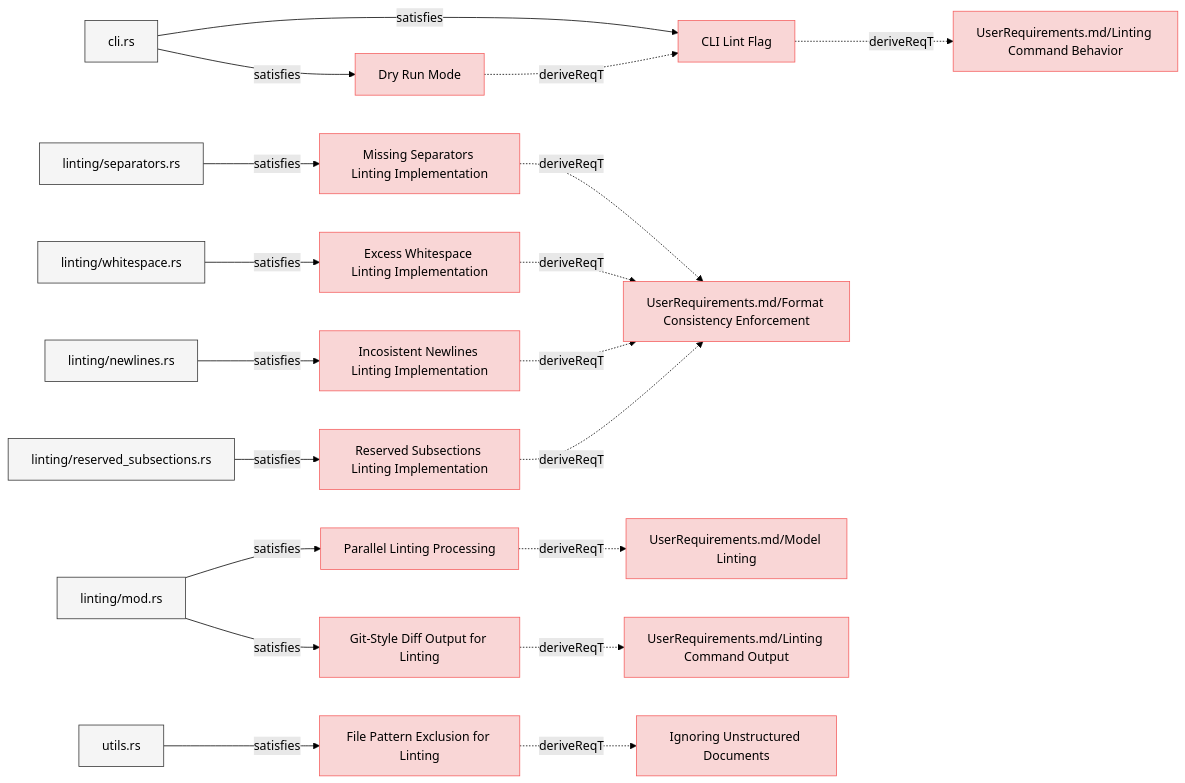
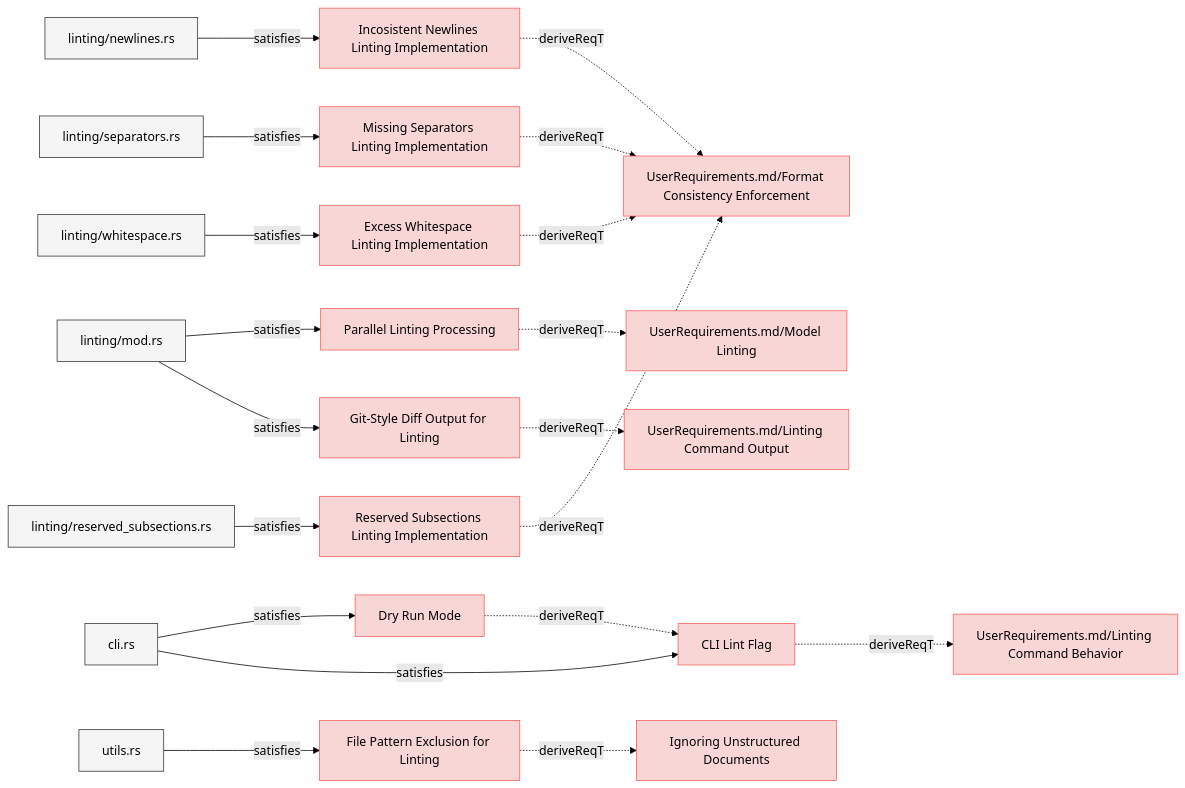
Before and after one commit to reqvire-org/reqvire: the first of 8 diagrams in specifications/SystemRequirements/Requirements.md, drawn with Mermaid (forest theme). The commit also changed other lines of this file and 44 other files, not shown here.

Commit message:
Diagrams bug fixes. Test improvements.

````diff
--- a/specifications/SystemRequirements/Requirements.md
+++ b/specifications/SystemRequirements/Requirements.md
@@ -9,85 +9,91 @@
   classDef externalLink fill:#d0e0ff,stroke:#3080ff,stroke-width:1px;
   classDef default fill:#f5f5f5,stroke:#333333,stroke-width:1px;
 
+  47401bd64e231632["Parallel Linting Processing"];
+  class 47401bd64e231632 requirement;
+  click 47401bd64e231632 "Requirements.md#parallel-linting-processing";
+  7305c1d6f7f1e2b2["UserRequirements.md/Model Linting"];
+  class 7305c1d6f7f1e2b2 requirement;
+  click 7305c1d6f7f1e2b2 "../UserRequirements.md#model-linting";
+  47401bd64e231632 -.->|deriveReqT| 7305c1d6f7f1e2b2;
+  c418c3775592f201["linting/mod.rs"];
+  class c418c3775592f201 default;
+  click c418c3775592f201 "../../core/src/linting/mod.rs";
+  c418c3775592f201 -->|satisfies| 47401bd64e231632;
+  7d44a9de72f2ed11["Incosistent Newlines Linting Implementation"];
+  class 7d44a9de72f2ed11 requirement;
+  click 7d44a9de72f2ed11 "Requirements.md#incosistent-newlines-linting-implementation";
+  974ccf933675ef44["UserRequirements.md/Format Consistency Enforcement"];
+  class 974ccf933675ef44 requirement;
+  click 974ccf933675ef44 "../UserRequirements.md#format-consistency-enforcement";
+  7d44a9de72f2ed11 -.->|deriveReqT| 974ccf933675ef44;
+  aab06119b34eec74["linting/newlines.rs"];
+  class aab06119b34eec74 default;
+  click aab06119b34eec74 "../../core/src/linting/newlines.rs";
+  aab06119b34eec74 -->|satisfies| 7d44a9de72f2ed11;
+  e4ccc71cd6ef4e9e["Dry Run Mode"];
+  class e4ccc71cd6ef4e9e requirement;
+  click e4ccc71cd6ef4e9e "Requirements.md#dry-run-mode";
   7d3a6a25db09c1b2["CLI Lint Flag"];
-  click 7d3a6a25db09c1b2 "specifications/SystemRequirements/Requirements.md#cli-lint-flag#cli-lint-flag";
   class 7d3a6a25db09c1b2 requirement;
+  click 7d3a6a25db09c1b2 "Requirements.md#cli-lint-flag";
+  e4ccc71cd6ef4e9e -.->|deriveReqT| 7d3a6a25db09c1b2;
+  80defdd4cbc7ee18["cli.rs"];
+  class 80defdd4cbc7ee18 default;
+  click 80defdd4cbc7ee18 "../../cli/src/cli.rs";
+  80defdd4cbc7ee18 -->|satisfies| e4ccc71cd6ef4e9e;
+  719bf8b75772947d["Missing Separators Linting Implementation"];
+  class 719bf8b75772947d requirement;
+  click 719bf8b75772947d "Requirements.md#missing-separators-linting-implementation";
+  719bf8b75772947d -.->|deriveReqT| 974ccf933675ef44;
+  9cbd45fe044171ec["linting/separators.rs"];
+  class 9cbd45fe044171ec default;
+  click 9cbd45fe044171ec "../../core/src/linting/separators.rs";
+  9cbd45fe044171ec -->|satisfies| 719bf8b75772947d;
   a51179cda67cf9f2["UserRequirements.md/Linting Command Behavior"];
   class a51179cda67cf9f2 requirement;
-  click a51179cda67cf9f2 "specifications/UserRequirements.md#linting-command#linting-command";
+  click a51179cda67cf9f2 "../UserRequirements.md#linting-command";
   7d3a6a25db09c1b2 -.->|deriveReqT| a51179cda67cf9f2;
   80defdd4cbc7ee18["cli.rs"];
   class 80defdd4cbc7ee18 default;
-  click 80defdd4cbc7ee18 "cli/src/cli.rs";
+  click 80defdd4cbc7ee18 "../../cli/src/cli.rs";
   80defdd4cbc7ee18 -->|satisfies| 7d3a6a25db09c1b2;
-  e4ccc71cd6ef4e9e["Dry Run Mode"];
-  click e4ccc71cd6ef4e9e "specifications/SystemRequirements/Requirements.md#dry-run-mode#dry-run-mode";
-  class e4ccc71cd6ef4e9e requirement;
-  e4ccc71cd6ef4e9e -.->|deriveReqT| 7d3a6a25db09c1b2;
-  80defdd4cbc7ee18 -->|satisfies| e4ccc71cd6ef4e9e;
-  719bf8b75772947d["Missing Separators Linting Implementation"];
-  click 719bf8b75772947d "specifications/SystemRequirements/Requirements.md#missing-separators-linting-implementation#missing-separators-linting-implementation";
-  class 719bf8b75772947d requirement;
-  974ccf933675ef44["UserRequirements.md/Format Consistency Enforcement"];
-  class 974ccf933675ef44 requirement;
-  click 974ccf933675ef44 "specifications/UserRequirements.md#format-consistency-enforcement#format-consistency-enforcement";
-  719bf8b75772947d -.->|deriveReqT| 974ccf933675ef44;
-  9cbd45fe044171ec["linting/separators.rs"];
-  class 9cbd45fe044171ec default;
-  click 9cbd45fe044171ec "core/src/linting/separators.rs";
-  9cbd45fe044171ec -->|satisfies| 719bf8b75772947d;
   9f473f6e0b993cac["Excess Whitespace Linting Implementation"];
-  click 9f473f6e0b993cac "specifications/SystemRequirements/Requirements.md#excess-whitespace-linting-implementation#excess-whitespace-linting-implementation";
   class 9f473f6e0b993cac requirement;
+  click 9f473f6e0b993cac "Requirements.md#excess-whitespace-linting-implementation";
   9f473f6e0b993cac -.->|deriveReqT| 974ccf933675ef44;
   63a0f5a33e87fcee["linting/whitespace.rs"];
   class 63a0f5a33e87fcee default;
-  click 63a0f5a33e87fcee "core/src/linting/whitespace.rs";
+  click 63a0f5a33e87fcee "../../core/src/linting/whitespace.rs";
   63a0f5a33e87fcee -->|satisfies| 9f473f6e0b993cac;
-  47401bd64e231632["Parallel Linting Processing"];
-  click 47401bd64e231632 "specifications/SystemRequirements/Requirements.md#parallel-linting-processing#parallel-linting-processing";
-  class 47401bd64e231632 requirement;
-  7305c1d6f7f1e2b2["UserRequirements.md/Model Linting"];
-  class 7305c1d6f7f1e2b2 requirement;
-  click 7305c1d6f7f1e2b2 "specifications/UserRequirements.md#model-linting#model-linting";
-  47401bd64e231632 -.->|deriveReqT| 7305c1d6f7f1e2b2;
+  b7dd9db7a1290b97["Git-Style Diff Output for Linting"];
+  class b7dd9db7a1290b97 requirement;
+  click b7dd9db7a1290b97 "Requirements.md#git-style-diff-output-for-linting";
+  ec10e748b5e9516e["UserRequirements.md/Linting Command Output"];
+  class ec10e748b5e9516e requirement;
+  click ec10e748b5e9516e "../UserRequirements.md#linting-command-output";
+  b7dd9db7a1290b97 -.->|deriveReqT| ec10e748b5e9516e;
   c418c3775592f201["linting/mod.rs"];
   class c418c3775592f201 default;
-  click c418c3775592f201 "core/src/linting/mod.rs";
-  c418c3775592f201 -->|satisfies| 47401bd64e231632;
-  7d44a9de72f2ed11["Incosistent Newlines Linting Implementation"];
-  click 7d44a9de72f2ed11 "specifications/SystemRequirements/Requirements.md#incosistent-newlines-linting-implementation#incosistent-newlines-linting-implementation";
-  class 7d44a9de72f2ed11 requirement;
-  7d44a9de72f2ed11 -.->|deriveReqT| 974ccf933675ef44;
-  aab06119b34eec74["linting/newlines.rs"];
-  class aab06119b34eec74 default;
-  click aab06119b34eec74 "core/src/linting/newlines.rs";
-  aab06119b34eec74 -->|satisfies| 7d44a9de72f2ed11;
+  click c418c3775592f201 "../../core/src/linting/mod.rs";
+  c418c3775592f201 -->|satisfies| b7dd9db7a1290b97;
+  a7bd845c64d1685e["Reserved Subsections Linting Implementation"];
+  class a7bd845c64d1685e requirement;
+  click a7bd845c64d1685e "Requirements.md#reserved-subsections-linting-implementation";
+  a7bd845c64d1685e -.->|deriveReqT| 974ccf933675ef44;
+  4ef2e0c1cdbc35ab["linting/reserved_subsections.rs"];
+  class 4ef2e0c1cdbc35ab default;
+  click 4ef2e0c1cdbc35ab "../../core/src/linting/indentation.rs";
+  4ef2e0c1cdbc35ab -->|satisfies| a7bd845c64d1685e;
   bef37c31db69b66a["File Pattern Exclusion for Linting"];
-  click bef37c31db69b66a "specifications/SystemRequirements/Requirements.md#file-pattern-exclusion-for-linting#file-pattern-exclusion-for-linting";
   class bef37c31db69b66a requirement;
+  click bef37c31db69b66a "Requirements.md#file-pattern-exclusion-for-linting";
   be83c2991e9535c7["Ignoring Unstructured Documents"];
   class be83c2991e9535c7 requirement;
-  click be83c2991e9535c7 "specifications/SystemRequirements/Requirements.md#ignoring-unstructured-documents#ignoring-unstructured-documents";
+  click be83c2991e9535c7 "Requirements.md#ignoring-unstructured-documents";
   bef37c31db69b66a -.->|deriveReqT| be83c2991e9535c7;
   ce2625feec883e55["utils.rs"];
   class ce2625feec883e55 default;
-  click ce2625feec883e55 "core/src/utils.rs";
+  click ce2625feec883e55 "../../core/src/utils.rs";
   ce2625feec883e55 -->|satisfies| bef37c31db69b66a;
-  b7dd9db7a1290b97["Git-Style Diff Output for Linting"];
-  click b7dd9db7a1290b97 "specifications/SystemRequirements/Requirements.md#git-style-diff-output-for-linting#git-style-diff-output-for-linting";
-  class b7dd9db7a1290b97 requirement;
-  ec10e748b5e9516e["UserRequirements.md/Linting Command Output"];
-  class ec10e748b5e9516e requirement;
-  click ec10e748b5e9516e "specifications/UserRequirements.md#linting-command-output#linting-command-output";
-  b7dd9db7a1290b97 -.->|deriveReqT| ec10e748b5e9516e;
-  c418c3775592f201 -->|satisfies| b7dd9db7a1290b97;
-  a7bd845c64d1685e["Reserved Subsections Linting Implementation"];
-  click a7bd845c64d1685e "specifications/SystemRequirements/Requirements.md#reserved-subsections-linting-implementation#reserved-subsections-linting-implementation";
-  class a7bd845c64d1685e requirement;
-  a7bd845c64d1685e -.->|deriveReqT| 974ccf933675ef44;
-  4ef2e0c1cdbc35ab["linting/reserved_subsections.rs"];
-  class 4ef2e0c1cdbc35ab default;
-  click 4ef2e0c1cdbc35ab "core/src/linting/indentation.rs";
-  4ef2e0c1cdbc35ab -->|satisfies| a7bd845c64d1685e;
 ```
````
